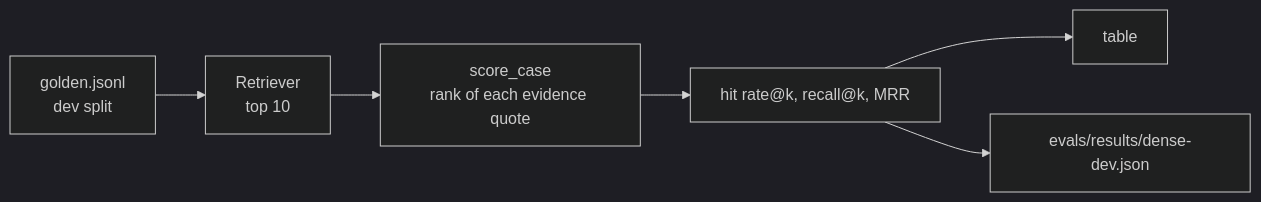
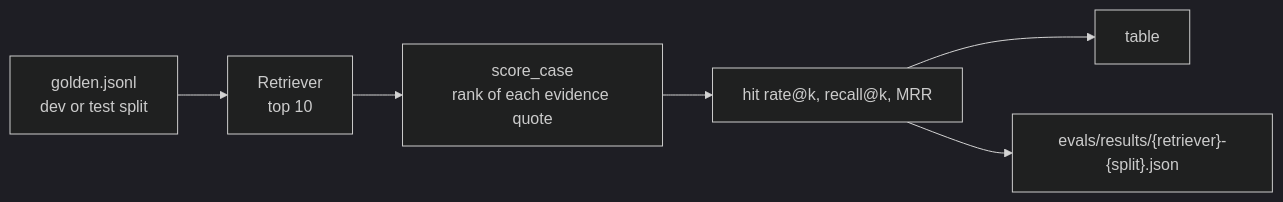
Before and after one commit to jayvyas133/genai-portfolio: the second of 3 diagrams in projects/01-documind/README.md, drawn with Mermaid (dark theme). The commit also changed other lines of this file and 22 other files, not shown here.

````diff
--- a/projects/01-documind/README.md
+++ b/projects/01-documind/README.md
@@ -105,7 +113,7 @@
 ```mermaid
 flowchart LR
-    G[golden.jsonl<br/>dev split] --> R[Retriever<br/>top 10]
+    G[golden.jsonl<br/>dev or test split] --> R[Retriever<br/>top 10]
     R --> S[score_case<br/>rank of each evidence quote]
     S --> M[hit rate@k, recall@k, MRR]
-    M --> T[table] & J[evals/results/dense-dev.json]
+    M --> T[table] & J["evals/results/{retriever}-{split}.json"]
 ```
````
